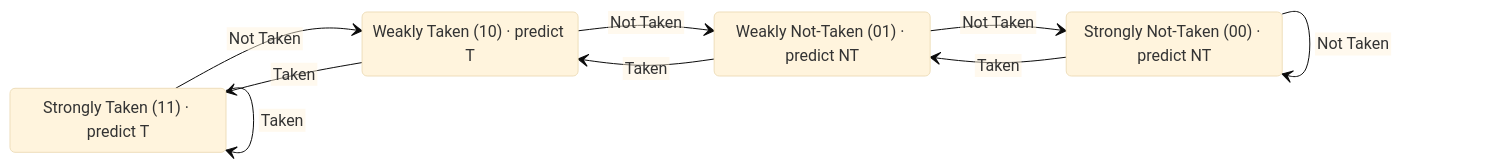
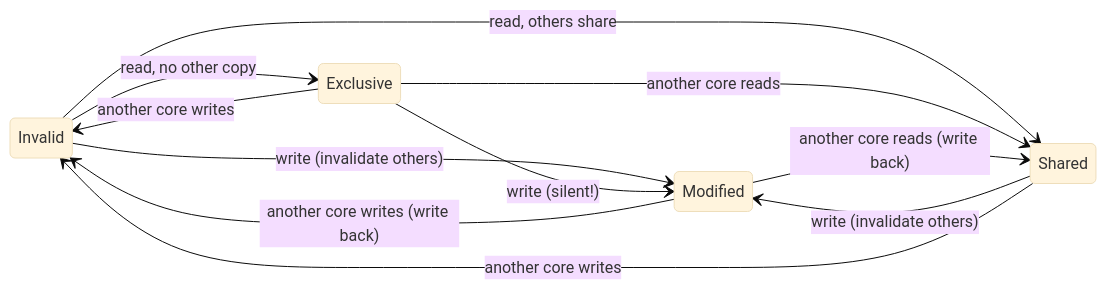
Before and after one commit to Wty2003328/silicon-design-notebook: the diagram in 01_Architecture_and_PPA/03_CPU_Architecture.md, drawn with Mermaid (base theme). The commit also changed other lines of this file and 26 other files, not shown here.

Commit message:
Concept-first hard rework checkpoint: Architecture, Fundamentals, Power folders complete (~25 pages reworked)

````diff
--- a/01_Architecture_and_PPA/03_CPU_Architecture.md
+++ b/01_Architecture_and_PPA/03_CPU_Architecture.md
@@ -512,17 +235,19 @@
 ```mermaid
-%%{init: {"flowchart": {"defaultRenderer": "elk", "nodeSpacing": 60, "rankSpacing": 60, "htmlLabels": false}}}%%
+%%{init: {"flowchart": {"defaultRenderer": "elk"}}}%%
 stateDiagram-v2
     direction LR
-    ST: Strongly Taken (11) · predict T
-    WT: Weakly Taken (10) · predict T
-    WNT: Weakly Not-Taken (01) · predict NT
-    SNT: Strongly Not-Taken (00) · predict NT
-    ST --> ST: Taken
-    ST --> WT: Not Taken
-    WT --> ST: Taken
-    WT --> WNT: Not Taken
-    WNT --> WT: Taken
-    WNT --> SNT: Not Taken
-    SNT --> WNT: Taken
-    SNT --> SNT: Not Taken
+    I: Invalid
+    S: Shared
+    E: Exclusive
+    M: Modified
+    I --> E: read, no other copy
+    I --> S: read, others share
+    I --> M: write (invalidate others)
+    E --> M: write (silent!)
+    E --> S: another core reads
+    S --> M: write (invalidate others)
+    S --> I: another core writes
+    E --> I: another core writes
+    M --> S: another core reads (write back)
+    M --> I: another core writes (write back)
 ```
````
